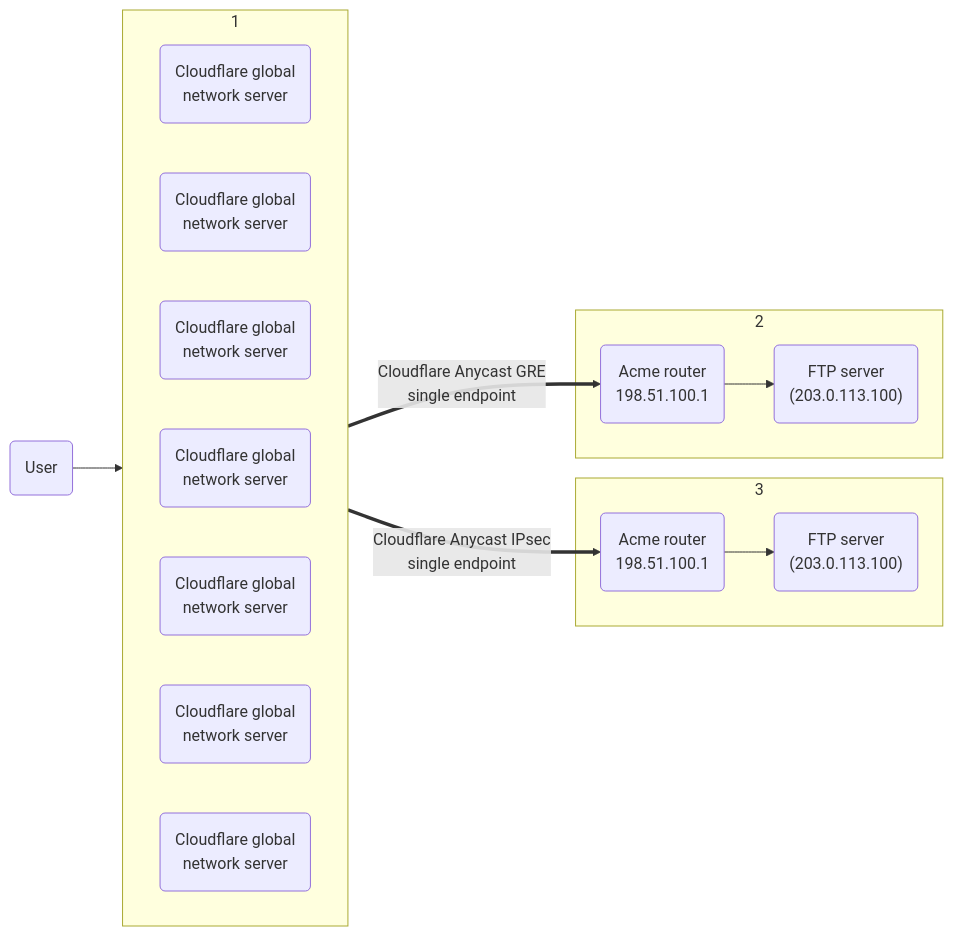
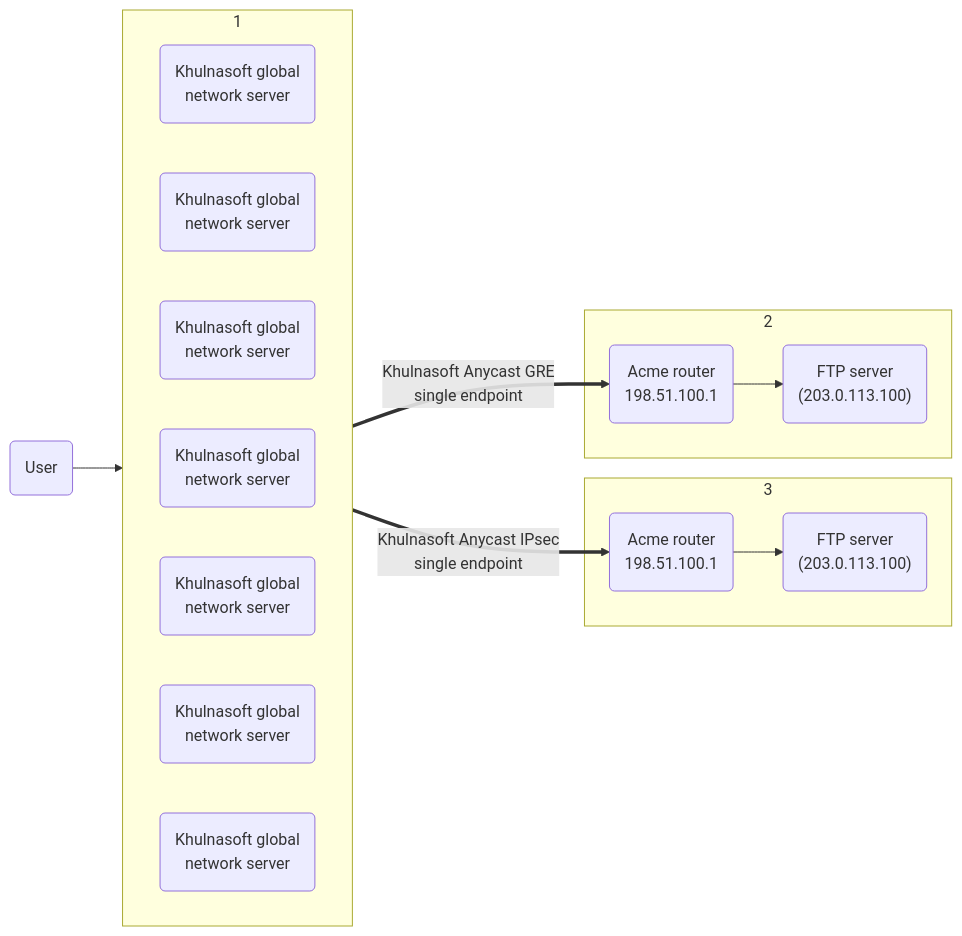
Before and after one commit to NxPKG/khulnasoft-docs: the second of 2 diagrams in content/magic-transit/_partials/_tunnels-encapsulation-opening.md, drawn with Mermaid. The commit also changed other lines of this file and 2914 other files, not shown here.

````diff
--- a/content/magic-transit/_partials/_tunnels-encapsulation-opening.md
+++ b/content/magic-transit/_partials/_tunnels-encapsulation-opening.md
@@ -49,32 +49,32 @@
 ```mermaid
 flowchart LR
 accTitle: Anycast tunnel
 accDescr: Multiple servers in data center preparing packets to send through Anycast tunnel.
 
 a(User)
 
 subgraph 1
 direction LR
-b(Cloudflare global <br> network server)
-c(Cloudflare global <br> network server)
-d(Cloudflare global <br> network server)
-e(Cloudflare global <br> network server)
-f(Cloudflare global <br> network server)
-g(Cloudflare global <br> network server)
-h(Cloudflare global <br> network server)
+b(Khulnasoft global <br> network server)
+c(Khulnasoft global <br> network server)
+d(Khulnasoft global <br> network server)
+e(Khulnasoft global <br> network server)
+f(Khulnasoft global <br> network server)
+g(Khulnasoft global <br> network server)
+h(Khulnasoft global <br> network server)
 end
 
 subgraph 2
 i("Acme router <br> 198.51.100.1")
 j("FTP server <br> (203.0.113.100)")
 end
 
 subgraph 3
 x("Acme router <br> 198.51.100.1")
 z("FTP server <br> (203.0.113.100)")
 end
 
-a --> 1== Cloudflare Anycast GRE <br> single endpoint ==>i --> j
+a --> 1== Khulnasoft Anycast GRE <br> single endpoint ==>i --> j
 
-1== Cloudflare Anycast IPsec <br> single endpoint ==>x --> z
+1== Khulnasoft Anycast IPsec <br> single endpoint ==>x --> z
 ```
````
